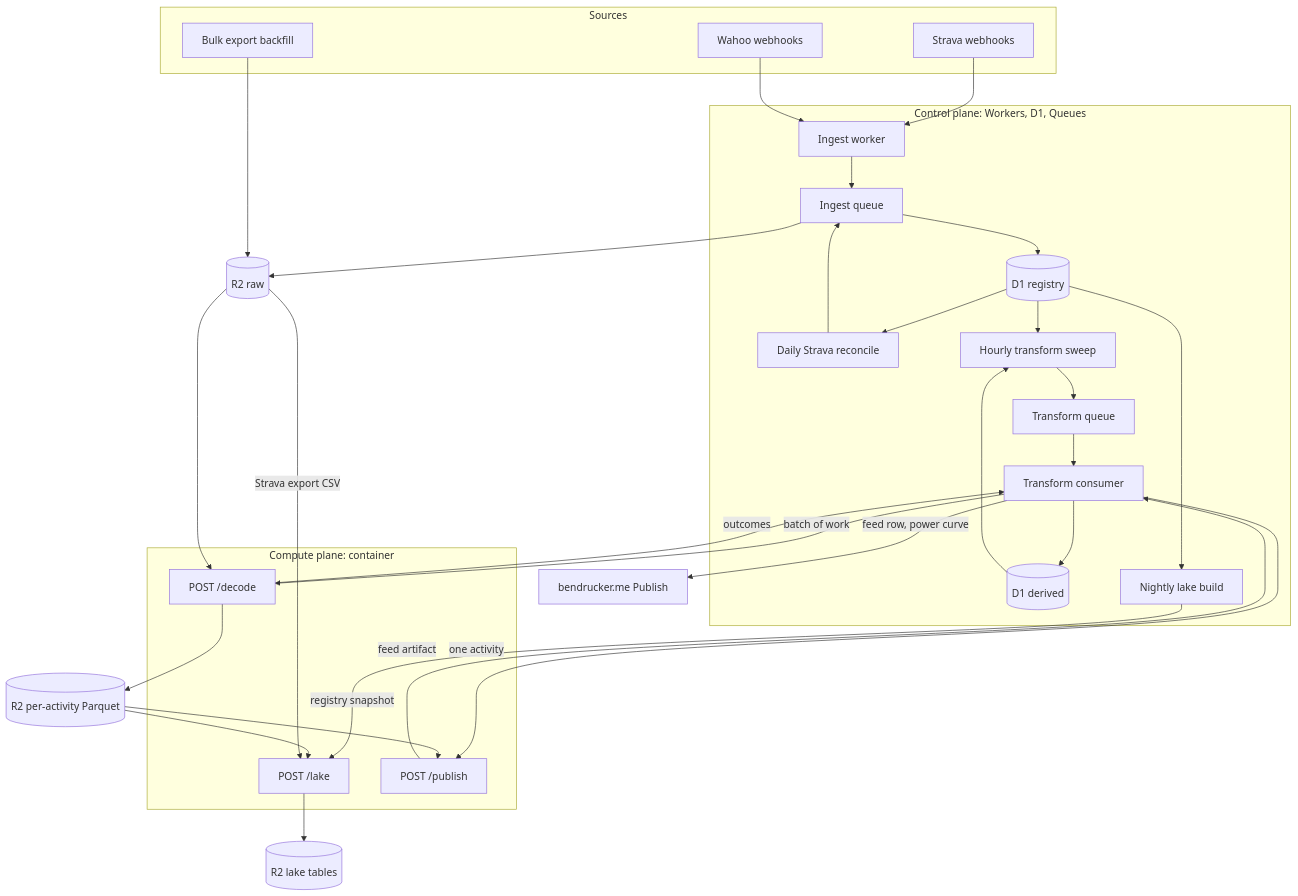
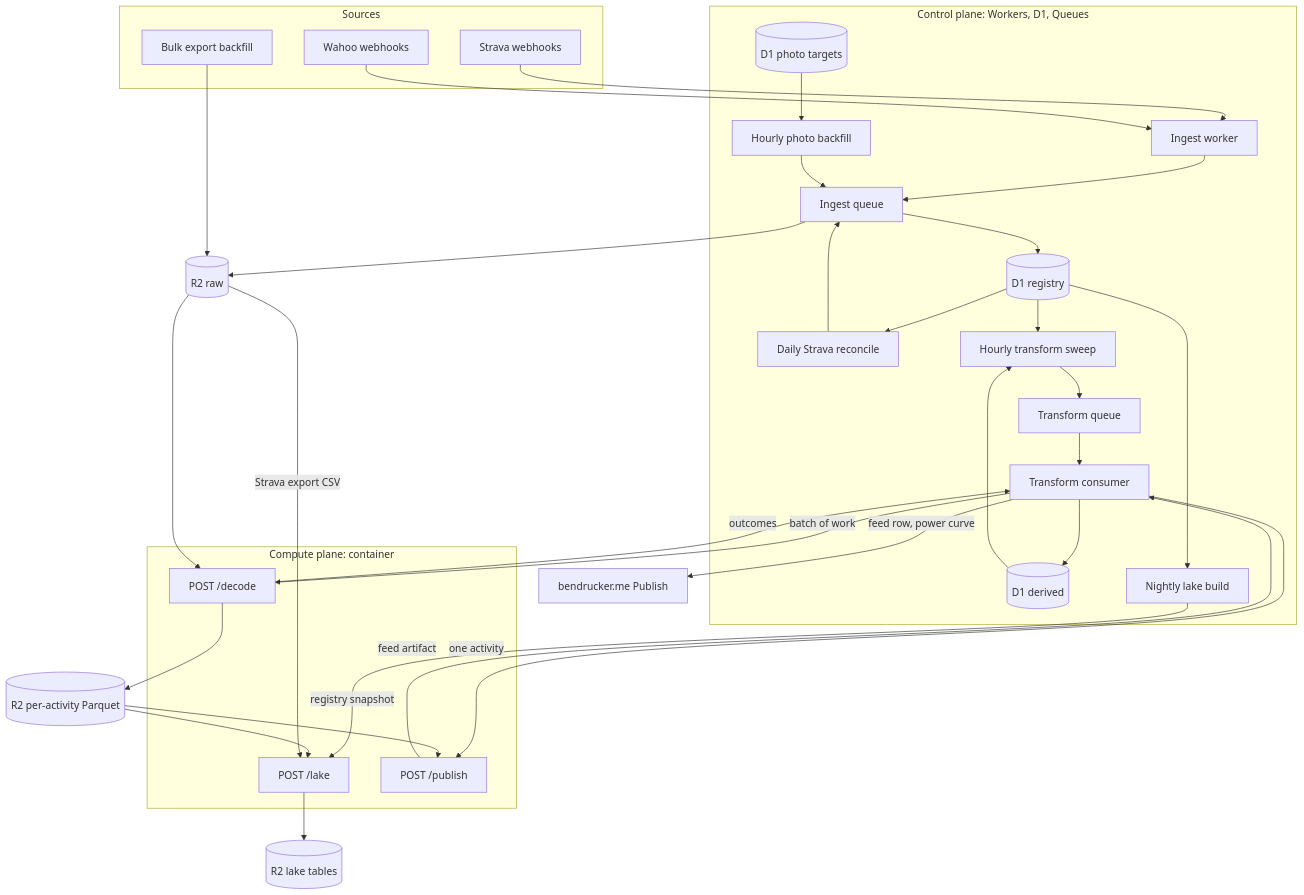
The first of 2 diagrams in README.md (bendrucker/activity-hub), drawn with Mermaid before and after one commit. The commit also changed other lines of this file, not shown here.

````diff
--- a/README.md
+++ b/README.md
@@ -13,53 +13,56 @@
 ```mermaid
 flowchart TB
     subgraph sources[Sources]
         strava[Strava webhooks]
         wahoo[Wahoo webhooks]
         export[Bulk export backfill]
     end
 
     subgraph control[Control plane: Workers, D1, Queues]
         ingest[Ingest worker]
         iqueue[Ingest queue]
         registry[(D1 registry)]
+        targets[(D1 photo targets)]
         cron[Daily Strava reconcile]
+        photocron[Hourly photo backfill]
         sweepcron[Hourly transform sweep]
         tqueue[Transform queue]
         consumer[Transform consumer]
         derived[(D1 derived)]
         lakecron[Nightly lake build]
     end
 
     subgraph compute[Compute plane: container]
         decode[POST /decode]
         lake[POST /lake]
         publish[POST /publish]
     end
 
     site[bendrucker.me Publish]
 
     strava --> ingest
     wahoo --> ingest
     ingest --> iqueue --> registry
     export --> raw
     iqueue --> raw[(R2 raw)]
 
     registry --> cron --> iqueue
+    targets --> photocron --> iqueue
     registry --> sweepcron --> tqueue --> consumer
     consumer -->|batch of work| decode
     raw --> decode
     decode --> parquet[(R2 per-activity Parquet)]
     decode -->|outcomes| consumer
     consumer --> derived
     derived --> sweepcron
 
     consumer -->|one activity| publish
     parquet --> publish
     publish -->|feed artifact| consumer
     consumer -->|feed row, power curve| site
 
     registry --> lakecron -->|registry snapshot| lake
     parquet --> lake
     raw -->|Strava export CSV| lake
     lake --> tables[(R2 lake tables)]
 ```
````
